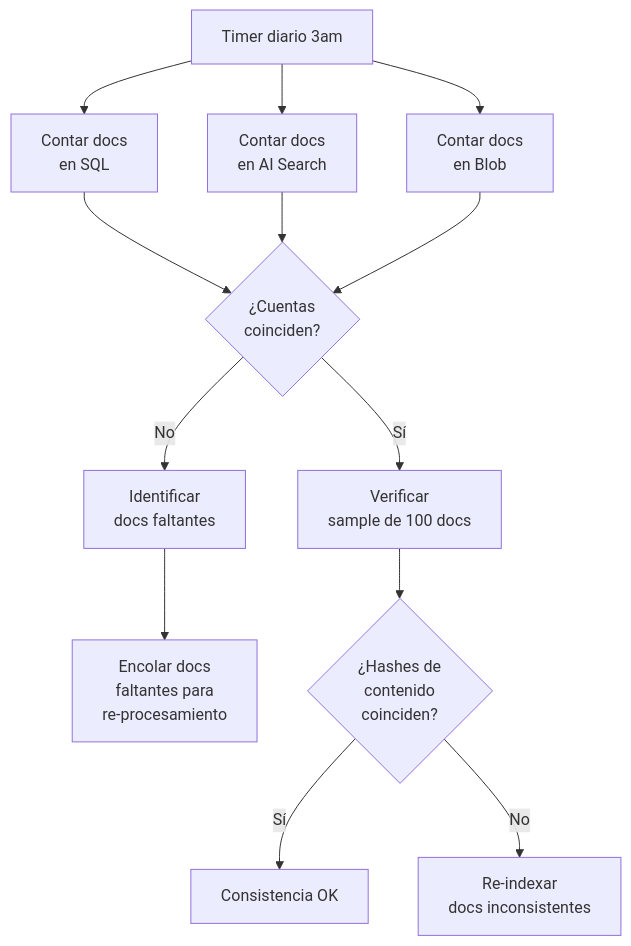
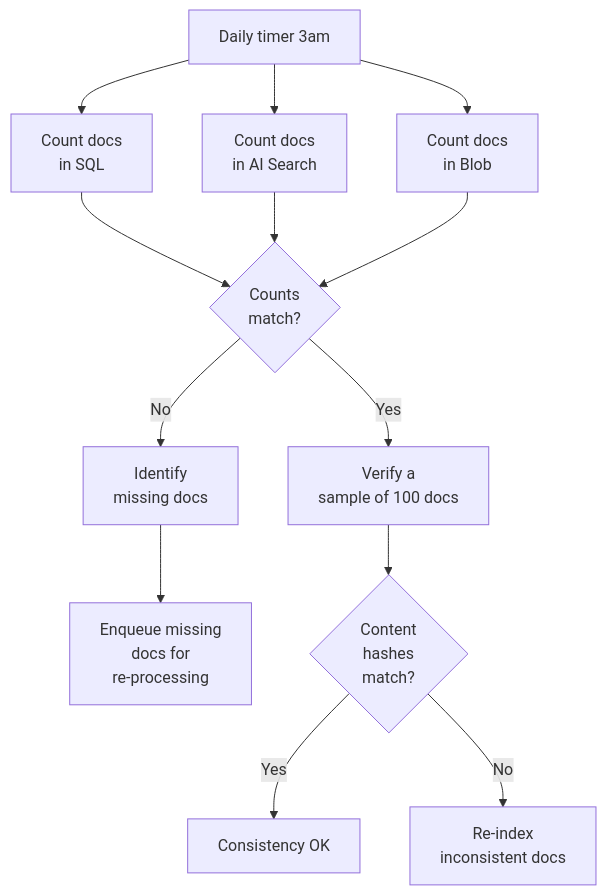
One commit to pablonux/legal-ai-ar changed the fifth of 5 diagrams in docs/technical/09-data-knowledge-management.md. Above: the diagram before and after it, drawn with Mermaid. The commit also changed other lines of this file and 2 other files, not shown here.

````diff
--- a/docs/technical/09-data-knowledge-management.md
+++ b/docs/technical/09-data-knowledge-management.md
@@ -315,17 +315,17 @@
 ```mermaid
 flowchart TB
-    TIMER[Timer diario 3am] --> SQL_COUNT[Contar docs<br/>en SQL]
-    TIMER --> AIS_COUNT[Contar docs<br/>en AI Search]
-    TIMER --> BLOB_COUNT[Contar docs<br/>en Blob]
-    
-    SQL_COUNT & AIS_COUNT & BLOB_COUNT --> CMP{¿Cuentas<br/>coinciden?}
-    
-    CMP -->|Sí| CHECK[Verificar<br/>sample de 100 docs]
-    CMP -->|No| FIND[Identificar<br/>docs faltantes]
-    
-    FIND --> REQUEUE[Encolar docs<br/>faltantes para<br/>re-procesamiento]
-    
-    CHECK --> HASH_CMP{¿Hashes de<br/>contenido<br/>coinciden?}
-    HASH_CMP -->|Sí| OK[Consistencia OK]
-    HASH_CMP -->|No| REINDEX[Re-indexar<br/>docs inconsistentes]
+    TIMER[Daily timer 3am] --> SQL_COUNT[Count docs<br/>in SQL]
+    TIMER --> AIS_COUNT[Count docs<br/>in AI Search]
+    TIMER --> BLOB_COUNT[Count docs<br/>in Blob]
+
+    SQL_COUNT & AIS_COUNT & BLOB_COUNT --> CMP{Counts<br/>match?}
+
+    CMP -->|Yes| CHECK[Verify a<br/>sample of 100 docs]
+    CMP -->|No| FIND[Identify<br/>missing docs]
+
+    FIND --> REQUEUE[Enqueue missing<br/>docs for<br/>re-processing]
+
+    CHECK --> HASH_CMP{Content<br/>hashes<br/>match?}
+    HASH_CMP -->|Yes| OK[Consistency OK]
+    HASH_CMP -->|No| REINDEX[Re-index<br/>inconsistent docs]
 ```
````
